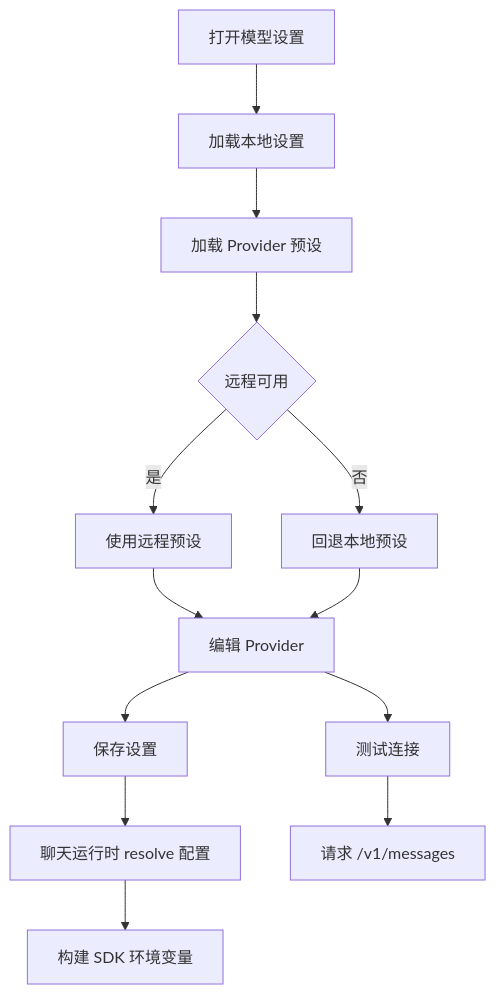
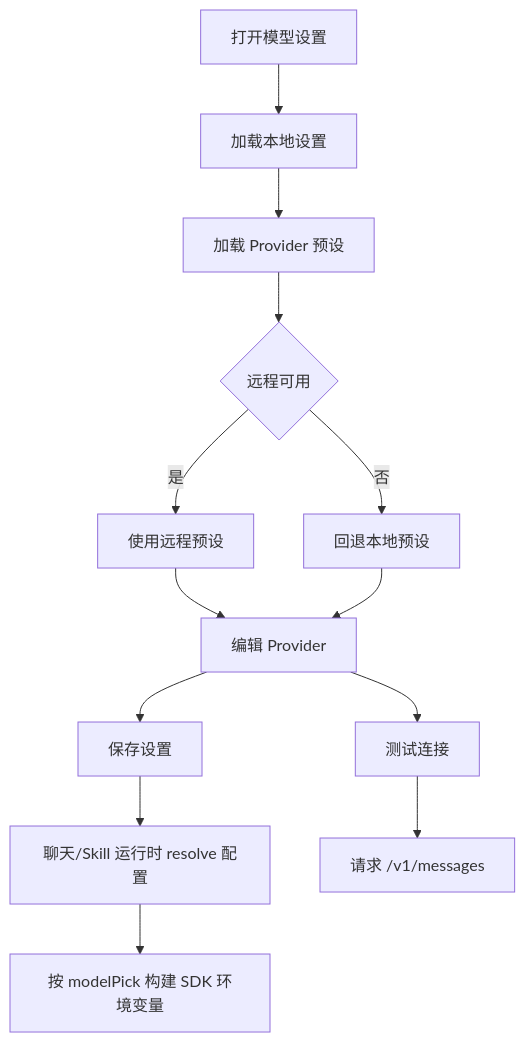
Before and after one commit to xue160709/AgentOS-Template: the diagram in prd/model-settings.md, drawn with Mermaid. The commit also changed other lines of this file and 27 other files, not shown here.

````diff
--- a/prd/model-settings.md
+++ b/prd/model-settings.md
@@ -68,15 +84,15 @@
 ```mermaid
 flowchart TD
   A[打开模型设置] --> B[加载本地设置]
   B --> C[加载 Provider 预设]
   C --> D{远程可用}
   D -- 是 --> E[使用远程预设]
   D -- 否 --> F[回退本地预设]
   E --> G[编辑 Provider]
   F --> G
   G --> H[保存设置]
-  H --> I[聊天运行时 resolve 配置]
-  I --> J[构建 SDK 环境变量]
+  H --> I[聊天/Skill 运行时 resolve 配置]
+  I --> J[按 modelPick 构建 SDK 环境变量]
   G --> K[测试连接]
   K --> L[请求 /v1/messages]
 ```
````
